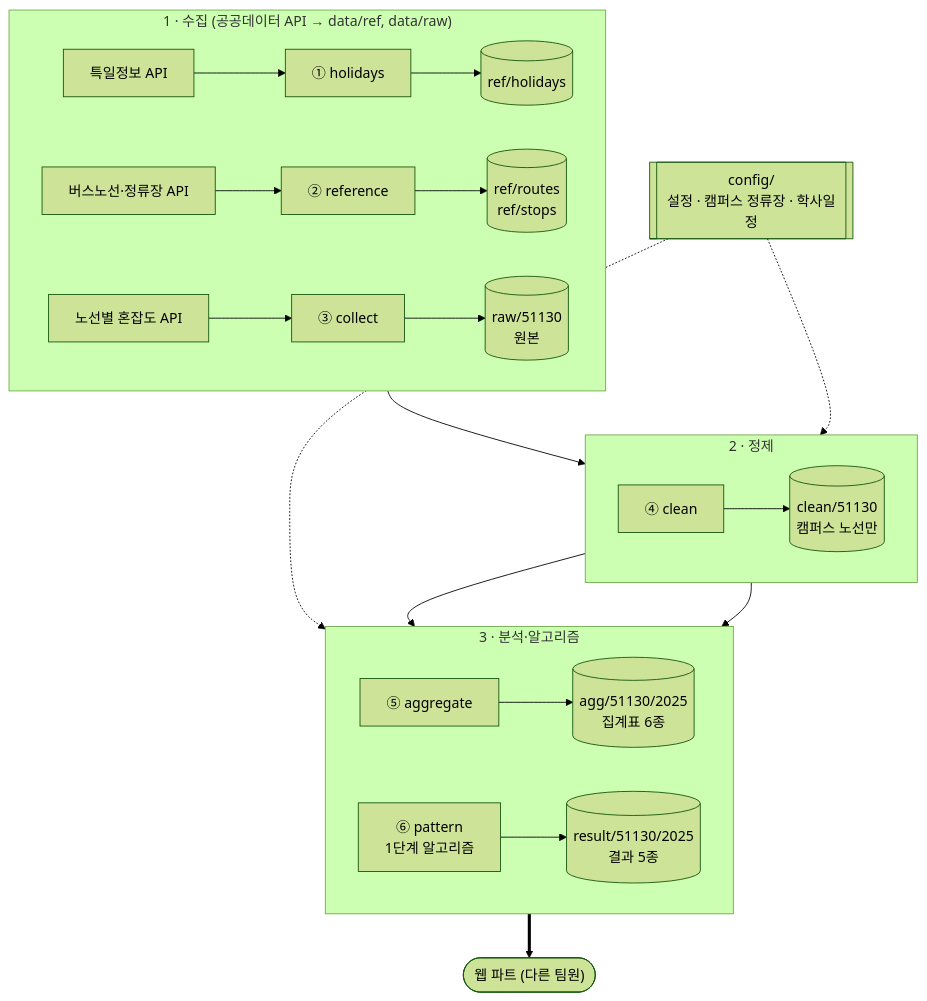
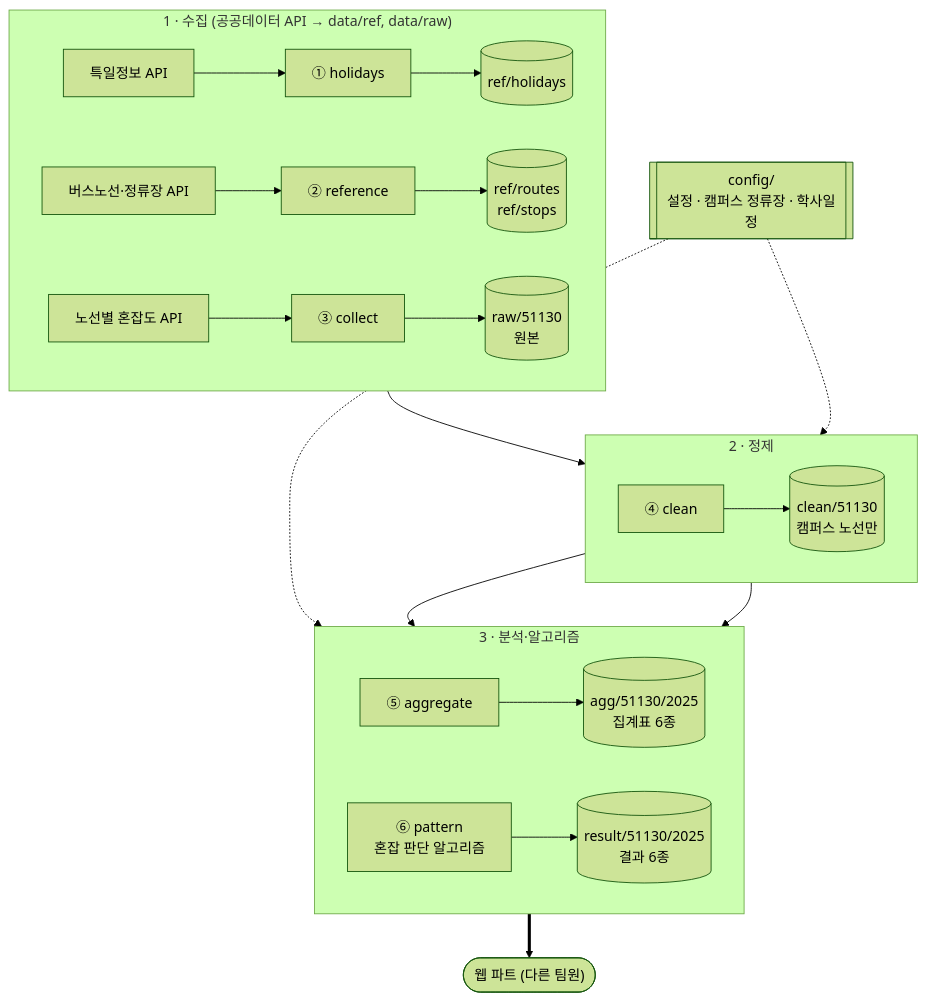
The first of 10 diagrams in docs/architecture.md (Nuloi/team8-capstone), drawn with Mermaid (forest theme) before and after one commit. The commit also changed other lines of this file and 14 other files, not shown here.

````diff
--- a/docs/architecture.md
+++ b/docs/architecture.md
@@ -12,30 +12,30 @@
 ```mermaid
 flowchart TB
     subgraph S1["1 · 수집 (공공데이터 API → data/ref, data/raw)"]
         direction LR
         A4["특일정보 API"] --> C1["① holidays"] --> D1[("ref/holidays")]
         A2["버스노선·정류장 API"] --> C2["② reference"] --> D2[("ref/routes<br/>ref/stops")]
         A1["노선별 혼잡도 API"] --> C3["③ collect"] --> D3[("raw/51130<br/>원본")]
     end
 
     subgraph S2["2 · 정제"]
         direction LR
         C4["④ clean"] --> D4[("clean/51130<br/>캠퍼스 노선만")]
     end
 
     subgraph S3["3 · 분석·알고리즘"]
         direction LR
         C5["⑤ aggregate"] --> D5[("agg/51130/2025<br/>집계표 6종")]
-        C6["⑥ pattern<br/>1단계 알고리즘"] --> D6[("result/51130/2025<br/>결과 5종")]
+        C6["⑥ pattern<br/>혼잡 판단 알고리즘"] --> D6[("result/51130/2025<br/>결과 6종")]
     end
 
     CFG[["config/<br/>설정 · 캠퍼스 정류장 · 학사일정"]]
     WEB(["웹 파트 (다른 팀원)"])
 
     S1 --> C4
     D4 --> C5
     D4 --> C6
     CFG -.-> S2
     CFG -.-> C6
     D6 ==> WEB
 ```
````
